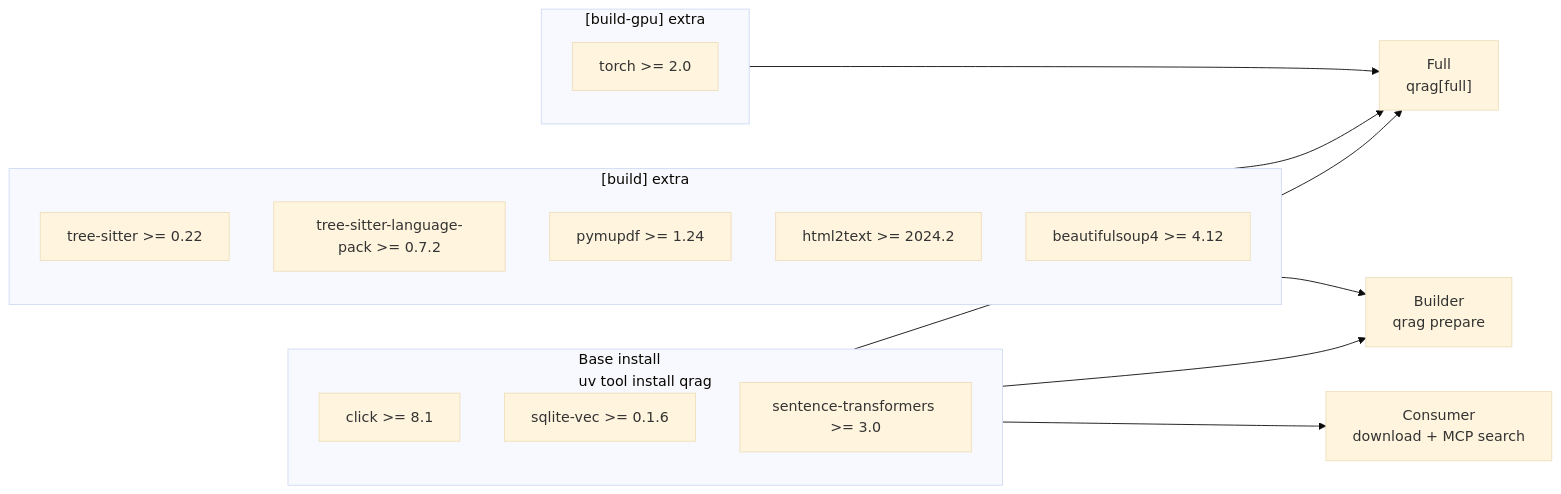
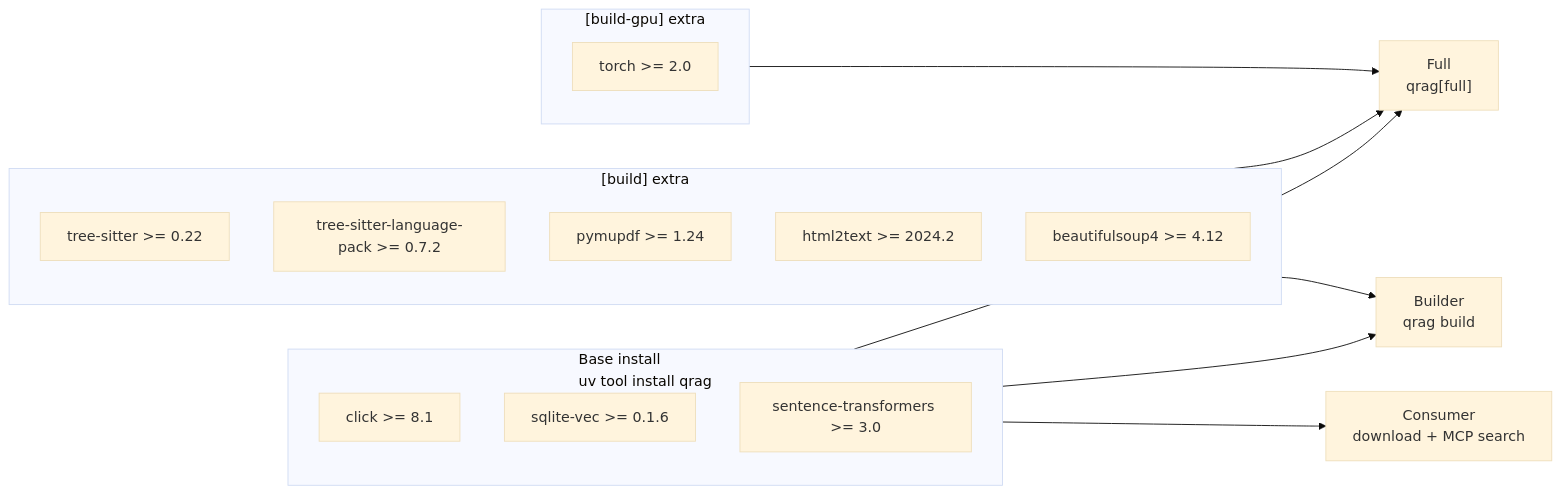
The fifth of 10 diagrams in docs/ARCHITECTURE.md (inegmdev/qrag), drawn with Mermaid (base theme) before and after one commit. The commit also changed other lines of this file and 7 other files, not shown here.

Commit message:
refactor: rename CLI subcommand prepare → build

````diff
--- a/docs/ARCHITECTURE.md
+++ b/docs/ARCHITECTURE.md
@@ -125,24 +125,24 @@
 ```mermaid
 flowchart LR
     subgraph BASE["Base install\nuv tool install qrag"]
         CL["click >= 8.1"]
         SV["sqlite-vec >= 0.1.6"]
         ST["sentence-transformers >= 3.0"]
     end
 
     subgraph BUILD["[build] extra"]
         TS["tree-sitter >= 0.22"]
         TSP["tree-sitter-language-pack >= 0.7.2"]
         MU["pymupdf >= 1.24"]
         H2["html2text >= 2024.2"]
         BS["beautifulsoup4 >= 4.12"]
     end
 
     subgraph GPU["[build-gpu] extra"]
         TO["torch >= 2.0"]
     end
 
     BASE --> CONSUMER["Consumer\ndownload + MCP search"]
-    BASE & BUILD --> BUILDER["Builder\nqrag prepare"]
+    BASE & BUILD --> BUILDER["Builder\nqrag build"]
     BASE & BUILD & GPU --> FULL["Full\nqrag[full]"]
 ```
````
